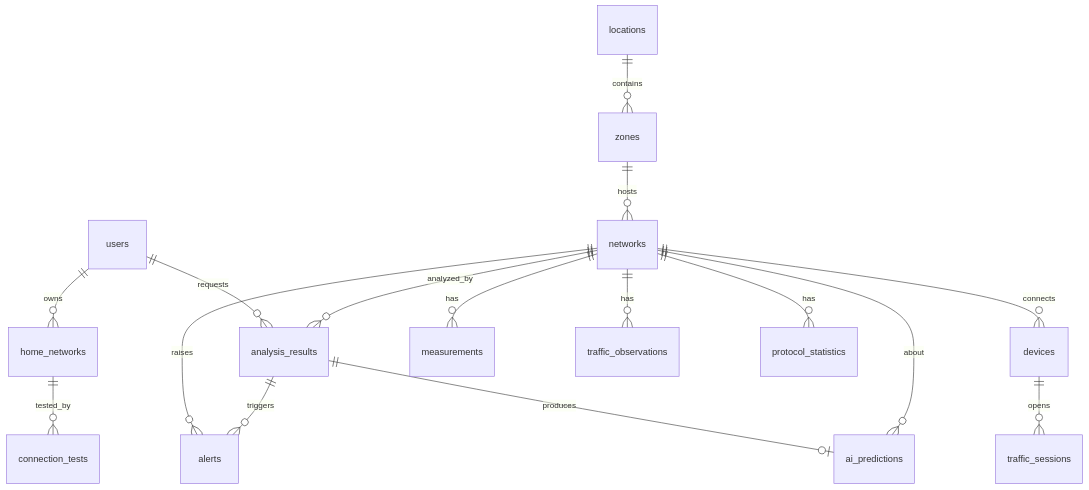
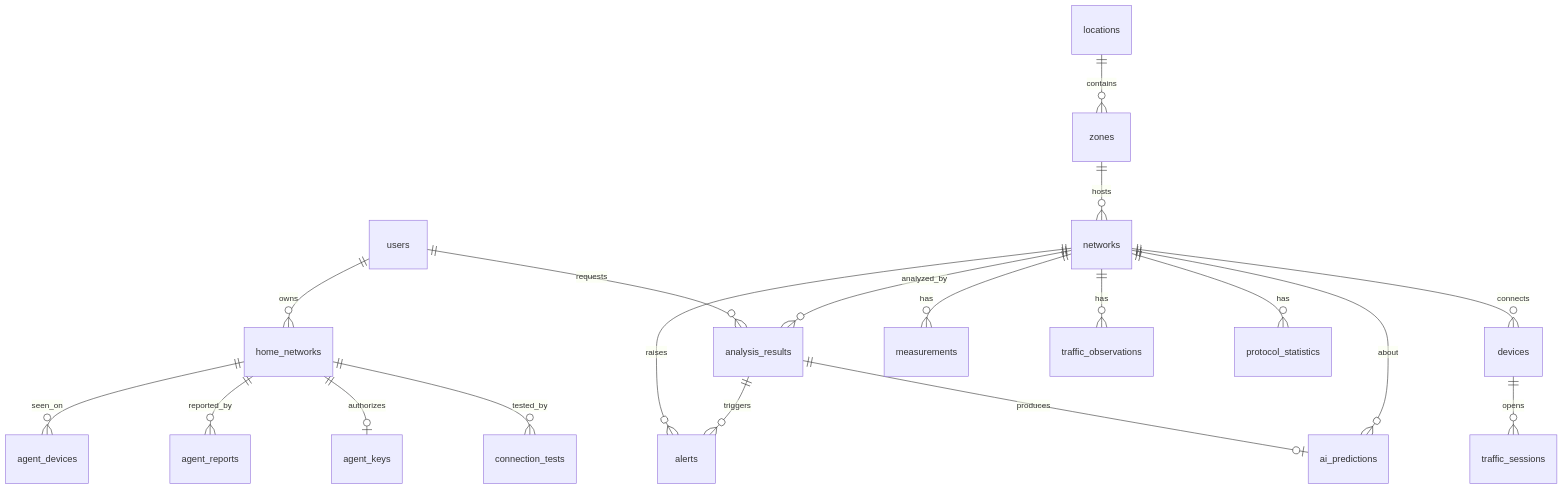
One commit to davidcampino06/Patrones_WiFi_db changed the diagram in docs/schema.md. Above: the diagram before and after it, drawn with Mermaid. The commit also changed other lines of this file, not shown here.

Commit message:
docs: document the agent tables and indexes

````diff
--- a/docs/schema.md
+++ b/docs/schema.md
@@ -3,18 +3,21 @@
 ```mermaid
 erDiagram
     users ||--o{ analysis_results : requests
     users ||--o{ home_networks : owns
     home_networks ||--o{ connection_tests : tested_by
+    home_networks ||--o| agent_keys : authorizes
+    home_networks ||--o{ agent_reports : reported_by
+    home_networks ||--o{ agent_devices : seen_on
     locations ||--o{ zones : contains
     zones ||--o{ networks : hosts
     networks ||--o{ devices : connects
     networks ||--o{ measurements : has
     networks ||--o{ traffic_observations : has
     networks ||--o{ protocol_statistics : has
     devices ||--o{ traffic_sessions : opens
     networks ||--o{ analysis_results : analyzed_by
     analysis_results ||--o| ai_predictions : produces
     networks ||--o{ ai_predictions : about
     networks ||--o{ alerts : raises
     analysis_results ||--o{ alerts : triggers
 ```
````
